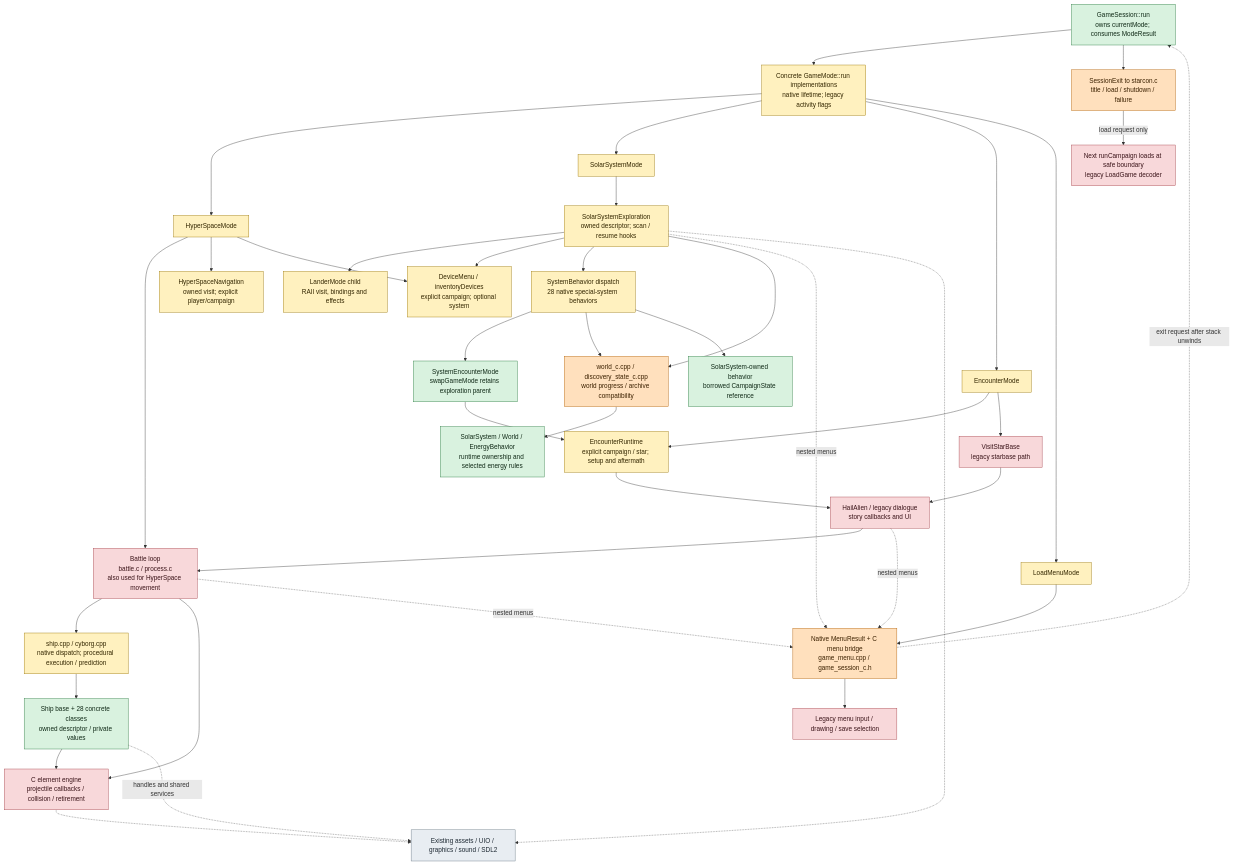
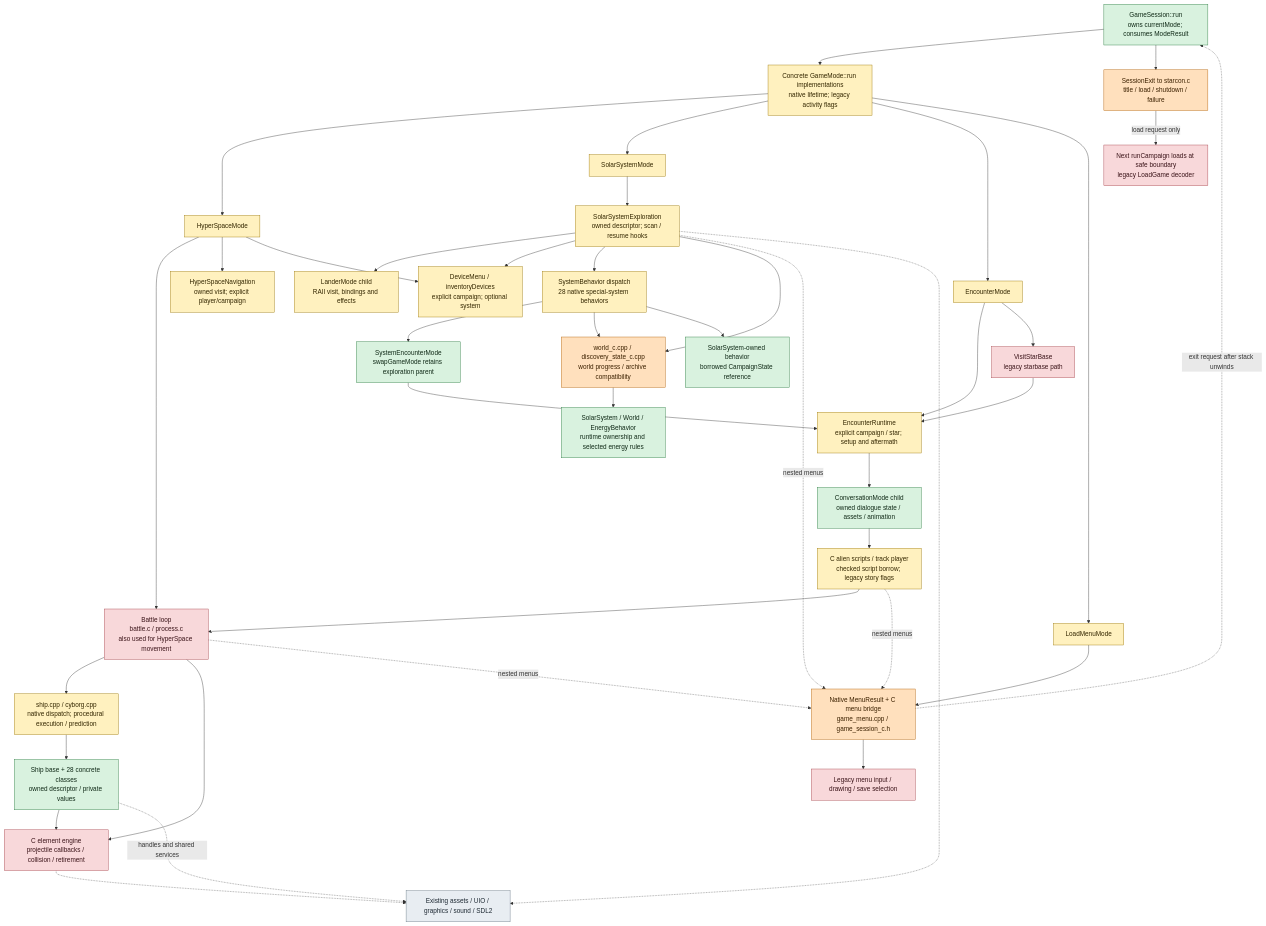
One commit to yost-jacob/uqm-cpp17 changed the first of 3 diagrams in docs/design/runtime-map.md. Above: the diagram before and after it, drawn with Mermaid. The commit also changed other lines of this file and 3 other files, not shown here.

````diff
--- a/docs/design/runtime-map.md
+++ b/docs/design/runtime-map.md
@@ -20,54 +20,55 @@
 ```mermaid
 flowchart TD
     D["GameSession::run<br/>owns currentMode; consumes ModeResult"]:::native
     M["Concrete GameMode::run implementations<br/>native lifetime; legacy activity flags"]:::mixed
     D --> M
     M --> H["HyperSpaceMode"]:::mixed
     M --> S["SolarSystemMode"]:::mixed
     M --> E["EncounterMode"]:::mixed
     M --> O["LoadMenuMode"]:::mixed
 
     H --> B["Battle loop<br/>battle.c / process.c<br/>also used for HyperSpace movement"]:::legacy
     H --> HP["HyperSpaceNavigation<br/>owned visit; explicit player/campaign"]:::mixed
     S --> EX["SolarSystemExploration<br/>owned descriptor; scan / resume hooks"]:::mixed
     EX --> LM["LanderMode child<br/>RAII visit, bindings and effects"]:::mixed
     E --> ER["EncounterRuntime<br/>explicit campaign / star; setup and aftermath"]:::mixed
-    ER --> EC["HailAlien / legacy dialogue<br/>story callbacks and UI"]:::legacy
+    ER --> CV["ConversationMode child<br/>owned dialogue state / assets / animation"]:::native
+    CV --> EC["C alien scripts / track player<br/>checked script borrow; legacy story flags"]:::mixed
     E --> BASE["VisitStarBase<br/>legacy starbase path"]:::legacy
-    BASE --> EC
+    BASE --> ER
     H --> DEV["DeviceMenu / inventoryDevices<br/>explicit campaign; optional system"]:::mixed
     EX --> DEV
     EC --> B
 
     B --> SE["ship.cpp / cyborg.cpp<br/>native dispatch; procedural execution / prediction"]:::mixed
     SE --> SH["Ship base + 28 concrete classes<br/>owned descriptor / private values"]:::native
     SH --> EL["C element engine<br/>projectile callbacks / collision / retirement"]:::legacy
     B --> EL
 
     EX --> GEN["SystemBehavior dispatch<br/>28 native special-system behaviors"]:::mixed
     EX --> WA["world_c.cpp / discovery_state_c.cpp<br/>world progress / archive compatibility"]:::adapter
     GEN --> CHILD["SystemEncounterMode<br/>swapGameMode retains exploration parent"]:::native
     CHILD --> ER
     GEN --> WA
     GEN --> SB["SolarSystem-owned behavior<br/>borrowed CampaignState reference"]:::native
     WA --> WO["SolarSystem / World / EnergyBehavior<br/>runtime ownership and selected energy rules"]:::native
 
     O --> MN["Native MenuResult + C menu bridge<br/>game_menu.cpp / game_session_c.h"]:::adapter
     B -. nested menus .-> MN
     EX -. nested menus .-> MN
     EC -. nested menus .-> MN
     MN --> UI["Legacy menu input / drawing / save selection"]:::legacy
     MN -. exit request after stack unwinds .-> D
     D --> EXIT["SessionExit to starcon.c<br/>title / load / shutdown / failure"]:::adapter
     EXIT -->|load request only| LOAD["Next runCampaign loads at safe boundary<br/>legacy LoadGame decoder"]:::legacy
 
     SH -. handles and shared services .-> RES["Existing assets / UIO / graphics / sound / SDL2"]:::foundation
     EL -.-> RES
     EX -.-> RES
 
     classDef native fill:#d9f2df,stroke:#27783d,color:#102a17;
     classDef mixed fill:#fff1bf,stroke:#9a7400,color:#342700;
     classDef adapter fill:#ffe0bd,stroke:#af5c00,color:#3c2100;
     classDef legacy fill:#f8d8da,stroke:#a43f48,color:#3b1419;
     classDef foundation fill:#e8edf2,stroke:#667582,color:#1e2933;
 ```
````
